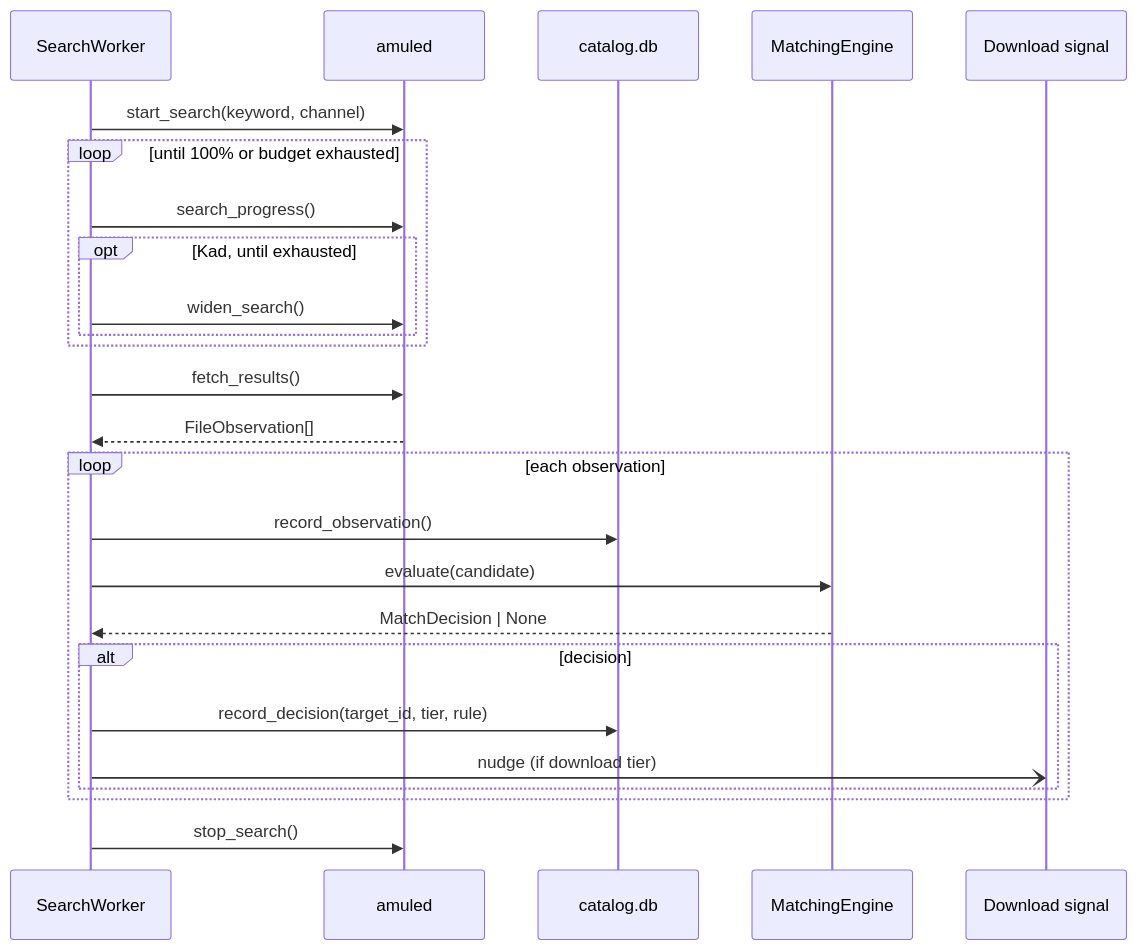
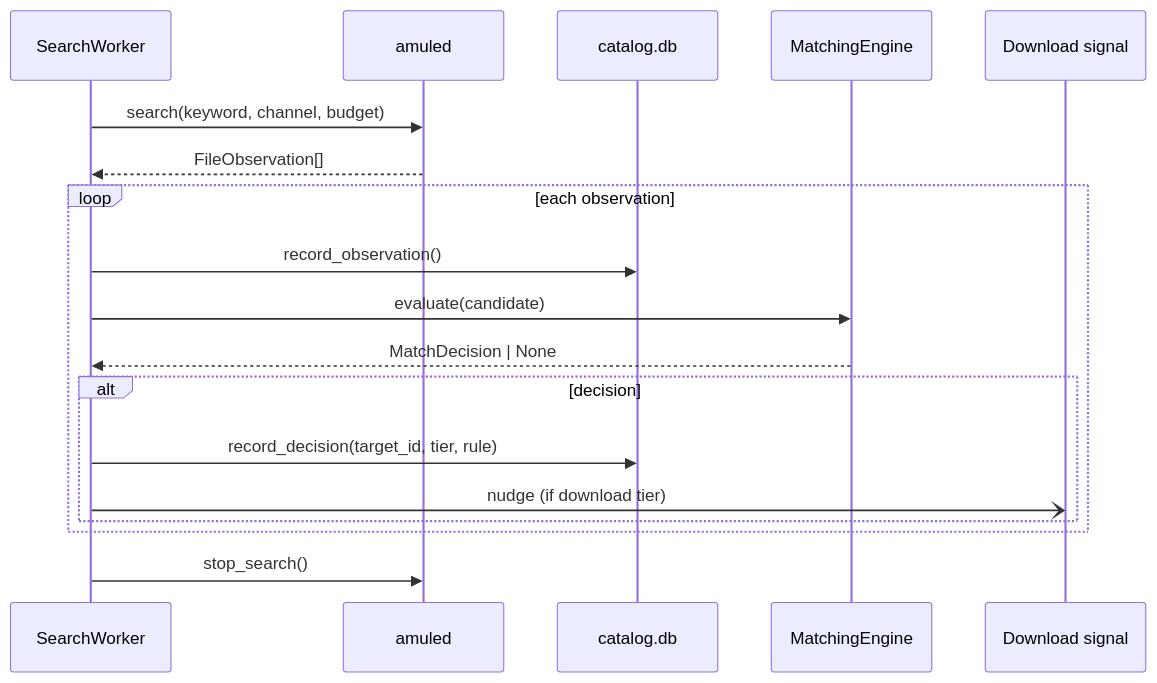
Before and after one commit to mission-titar/mulewatch: the sixth of 10 diagrams in docs/contributing/architecture.md, drawn with Mermaid. The commit also changed other lines of this file and 18 other files, not shown here.

````diff
--- a/docs/contributing/architecture.md
+++ b/docs/contributing/architecture.md
@@ -205,28 +205,21 @@
 ```mermaid
 sequenceDiagram
   participant W as SearchWorker
   participant A as amuled
   participant C as catalog.db
   participant E as MatchingEngine
   participant D as Download signal
 
-  W->>A: start_search(keyword, channel)
-  loop until 100% or budget exhausted
-    W->>A: search_progress()
-    opt Kad, until exhausted
-      W->>A: widen_search()
-    end
-  end
-  W->>A: fetch_results()
+  W->>A: search(keyword, channel, budget)
   A-->>W: FileObservation[]
   loop each observation
     W->>C: record_observation()
     W->>E: evaluate(candidate)
     E-->>W: MatchDecision | None
     alt decision
       W->>C: record_decision(target_id, tier, rule)
       W-)D: nudge (if download tier)
     end
   end
   W->>A: stop_search()
 ```
````
